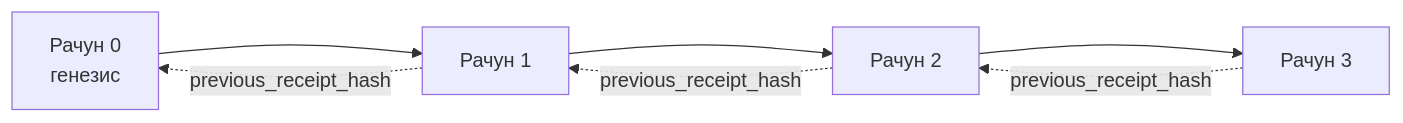
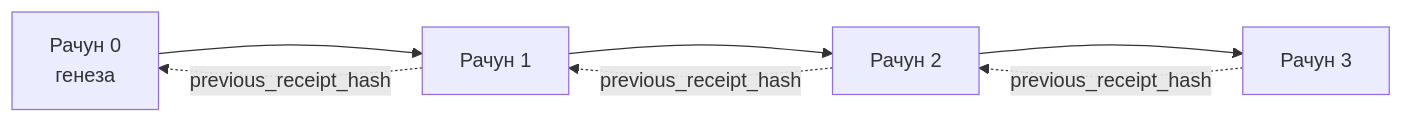
The second of 2 diagrams in translations/sr/18-securing-ai-agents/README.md (microsoft/ai-agents-for-beginners), drawn with Mermaid before and after one commit. The commit also changed other lines of this file and 93 other files, not shown here.

````diff
--- a/translations/sr/18-securing-ai-agents/README.md
+++ b/translations/sr/18-securing-ai-agents/README.md
@@ -206,9 +206,9 @@
 ```mermaid
 flowchart LR
-    R0[Рачун 0<br/>генезис] --> R1[Рачун 1]
+    R0[Рачун 0<br/>генеза] --> R1[Рачун 1]
     R1 --> R2[Рачун 2]
     R2 --> R3[Рачун 3]
     R1 -. previous_receipt_hash .-> R0
     R2 -. previous_receipt_hash .-> R1
     R3 -. previous_receipt_hash .-> R2
 ```
````
